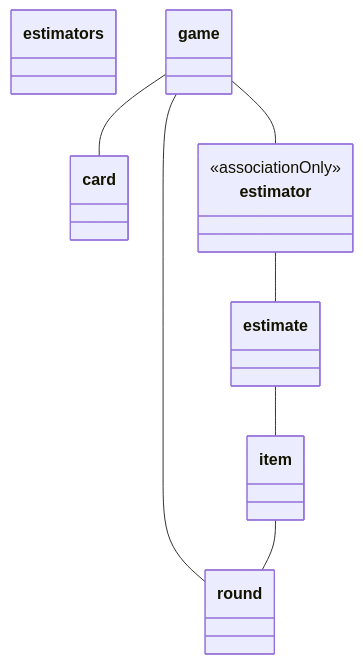
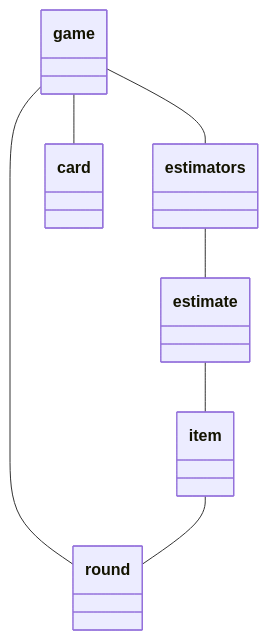
The diagram in 2_gold_standard_domain_models/planningpoker.mmd (DomDeWulf/user-story-domain-model-datasets), drawn with Mermaid before and after one commit. The commit also changed 13 other files, not shown here.

Commit message:
Normalize domain-model terms and document association assumptions

```diff
--- a/2_gold_standard_domain_models/planningpoker.mmd
+++ b/2_gold_standard_domain_models/planningpoker.mmd
@@ -1,20 +1,43 @@
 classDiagram
     %% Project: Planningpoker
-    %% Labels and association rows are preserved exactly from the original workbooks.
-    %% associationOnly marks endpoints absent from the gold-standard class list.
-    %% These additional nodes are not gold-standard classes.
-    %% No direction, multiplicity, attributes, or methods are inferred.
+    %% Class labels match Gold standard - Classes.xlsx exactly, including capitalization.
+    %% Singular/plural forms are assumed equivalent; every changed endpoint is documented below.
+    %% Every association preserves one row of Gold standard - Associations.xlsx, in workbook order.
+    %% associationOnly nodes have no matching class in the Classes Excel; exclude them from class evaluation.
+    %% No direction, multiplicity, relationship labels, inheritance, attributes, or methods are inferred.
     class C001["estimators"]
     class C002["round"]
     class C003["game"]
     class C004["item"]
     class C005["estimate"]
     class C006["card"]
-    class C007["estimator"]
-    <<associationOnly>> C007
+
+    %% Association (Classes Excel terms where available): game -- round
+    %% Associations Excel (Sheet1!G3:H3): game -- round.
+    %% Wording differences: none.
     C003 -- C002
+
+    %% Association (Classes Excel terms where available): estimate -- item
+    %% Associations Excel (Sheet1!G4:H4): estimate -- item.
+    %% Wording differences: none.
     C005 -- C004
+
+    %% Association (Classes Excel terms where available): item -- round
+    %% Associations Excel (Sheet1!G5:H5): item -- round.
+    %% Wording differences: none.
     C004 -- C002
-    C003 -- C007
-    C007 -- C005
+
+    %% Association (Classes Excel terms where available): game -- estimators
+    %% Associations Excel (Sheet1!G6:H6): game -- estimator.
+    %% Assumption: "estimator" -> "estimators" (singular/plural forms are assumed interchangeable).
+    C003 -- C001
+
+    %% Association (Classes Excel terms where available): estimators -- estimate
+    %% Associations Excel (Sheet1!G7:H7): estimator -- estimate.
+    %% Assumption: "estimator" -> "estimators" (singular/plural forms are assumed interchangeable).
+    C001 -- C005
+
+    %% Association (Classes Excel terms where available): game -- card
+    %% Associations Excel (Sheet1!G8:H8): game -- card.
+    %% Wording differences: none.
     C003 -- C006
```
